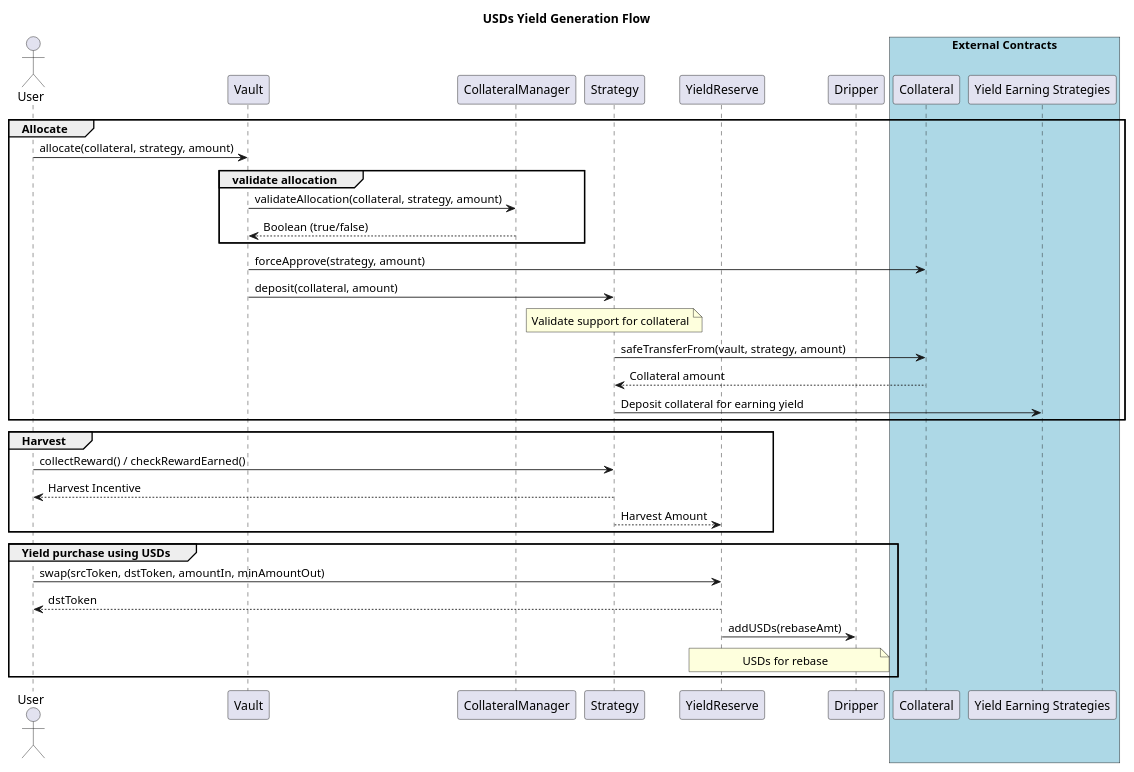
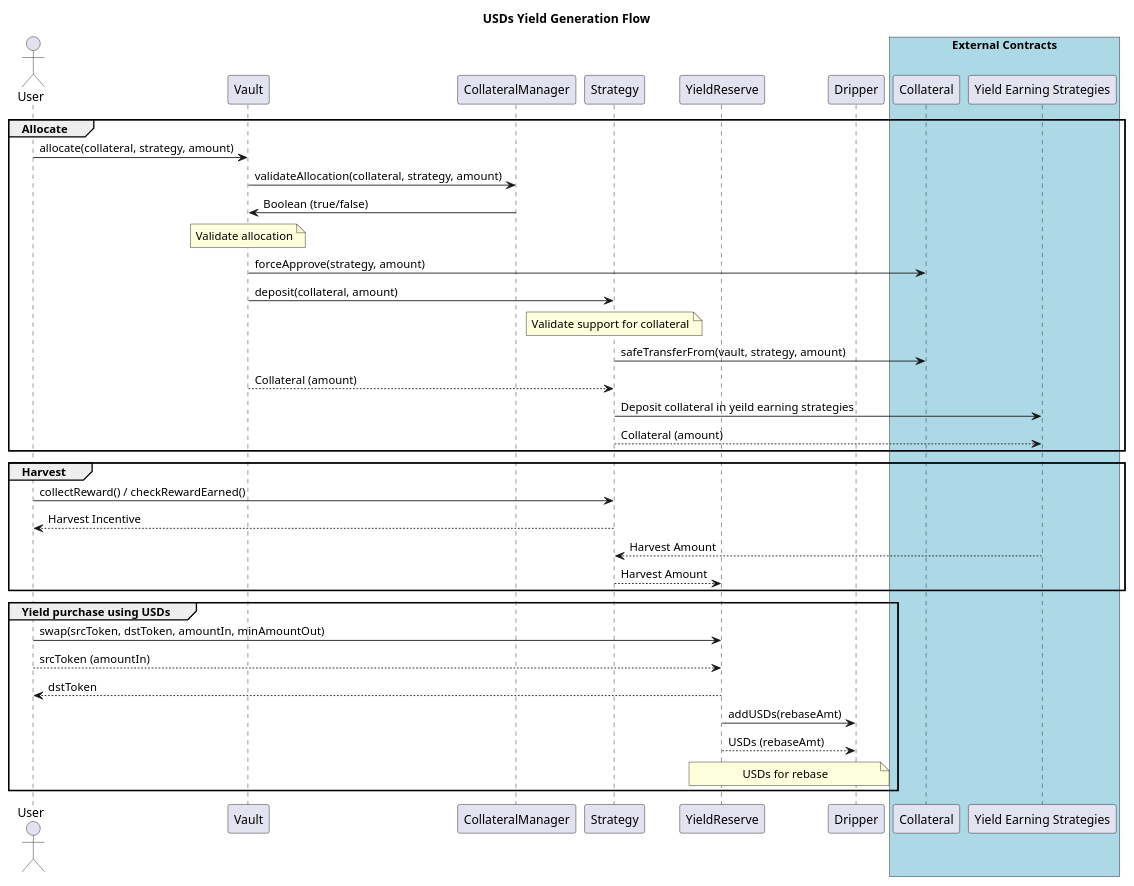
The diagram in docs/arch/sequentialDiagrams/USDsYeildGenerationFlow.pu (Sperax/USDs-v2), drawn with PlantUML before and after one commit. The commit also changed 3 other files, not shown here.

Commit message:
Improve sequential diagrams

```diff
--- a/docs/arch/sequentialDiagrams/USDsYeildGenerationFlow.pu
+++ b/docs/arch/sequentialDiagrams/USDsYeildGenerationFlow.pu
@@ -1,42 +1,45 @@
 @startuml USDs Yield Generation Flow
 
 title USDs Yield Generation Flow
 actor User
 participant Vault
 participant CollateralManager
 participant Strategy
 participant YieldReserve
 participant Dripper
 box "External Contracts" #LightBlue
     participant Collateral
     participant "Yield Earning Strategies" as YieldEarningStrategies
 end box
 
 group Allocate
     User -> Vault: allocate(collateral, strategy, amount)
-    group validate allocation
-        Vault -> CollateralManager: validateAllocation(collateral, strategy, amount)
-        CollateralManager --> Vault: Boolean (true/false)
-    end
+    Vault -> CollateralManager: validateAllocation(collateral, strategy, amount)
+    CollateralManager -> Vault: Boolean (true/false)
+    note over Vault: Validate allocation
     Vault -> Collateral: forceApprove(strategy, amount)
     Vault -> Strategy: deposit(collateral, amount)
     note over Strategy: Validate support for collateral
     Strategy -> Collateral: safeTransferFrom(vault, strategy, amount)
-    Collateral --> Strategy: Collateral amount
-    Strategy -> YieldEarningStrategies: Deposit collateral for earning yield
+    Vault --> Strategy: Collateral (amount)
+    Strategy -> YieldEarningStrategies: Deposit collateral in yeild earning strategies
+    Strategy --> YieldEarningStrategies: Collateral (amount)
 end
 
 group Harvest
     User -> Strategy: collectReward() / checkRewardEarned()
     Strategy --> User: Harvest Incentive
+    YieldEarningStrategies --> Strategy: Harvest Amount
     Strategy --> YieldReserve: Harvest Amount
 end
 
 group Yield purchase using USDs
     User -> YieldReserve: swap(srcToken, dstToken, amountIn, minAmountOut)
+    User --> YieldReserve: srcToken (amountIn)
     YieldReserve --> User: dstToken
     YieldReserve -> Dripper: addUSDs(rebaseAmt)
+    YieldReserve --> Dripper: USDs (rebaseAmt)
     note over YieldReserve, Dripper: USDs for rebase
 end
 
 @enduml
```
